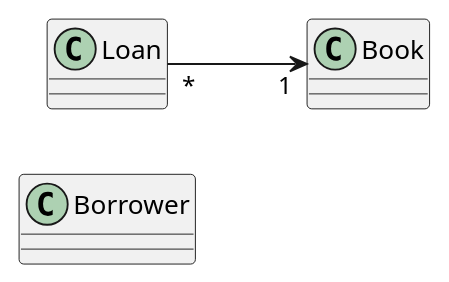
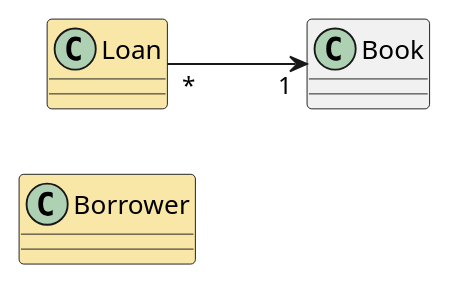
The fifth of 23 diagrams in app/check-design/_sections/common-mistakes-before-and-after.mdx (HAN-Craftsmanship-KL-JJG/oose-study), drawn with PlantUML before and after one commit. The commit also changed other lines of this file and 37 other files, not shown here.

````diff
--- a/app/check-design/_sections/common-mistakes-before-and-after.mdx
+++ b/app/check-design/_sections/common-mistakes-before-and-after.mdx
@@ -59,6 +59,6 @@
 ```plantuml
     left to right direction
-    class Borrower
-    class Loan
+    class Borrower #F9E7A8
+    class Loan #F9E7A8
     Loan "*" --> "1" Book
 ```
````
